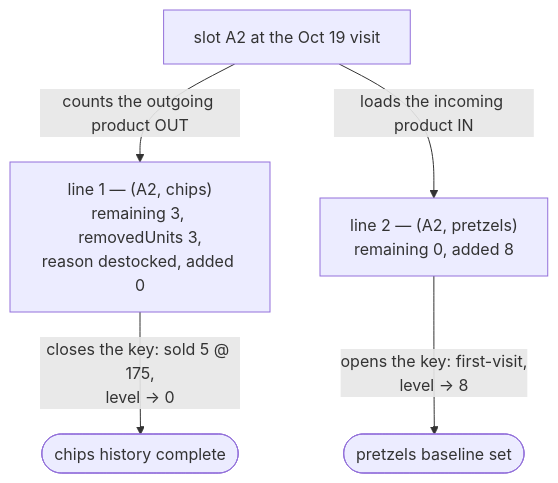
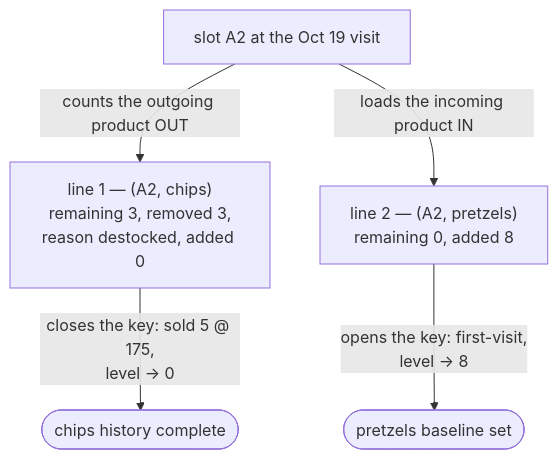
Before and after one commit to jmoyers14/vendpire: the fourth of 4 diagrams in docs/diagrams/visit-calculations.md, drawn with Mermaid. The commit also changed other lines of this file and 11 other files, not shown here.

````diff
--- a/docs/diagrams/visit-calculations.md
+++ b/docs/diagrams/visit-calculations.md
@@ -288,11 +288,11 @@
 ```mermaid
 flowchart TD
     Slot["slot A2 at the Oct 19 visit"]
-    Out["line 1 — (A2, chips)<br/>remaining 3, removedUnits 3,<br/>reason destocked, added 0"]
+    Out["line 1 — (A2, chips)<br/>remaining 3, removed 3,<br/>reason destocked, added 0"]
     In["line 2 — (A2, pretzels)<br/>remaining 0, added 8"]
 
     Slot -->|"counts the outgoing product OUT"| Out
     Slot -->|"loads the incoming product IN"| In
     Out -->|"closes the key: sold 5 @ 175,<br/>level → 0"| Done(["chips history complete"])
     In -->|"opens the key: first-visit,<br/>level → 8"| New(["pretzels baseline set"])
 ```
````
